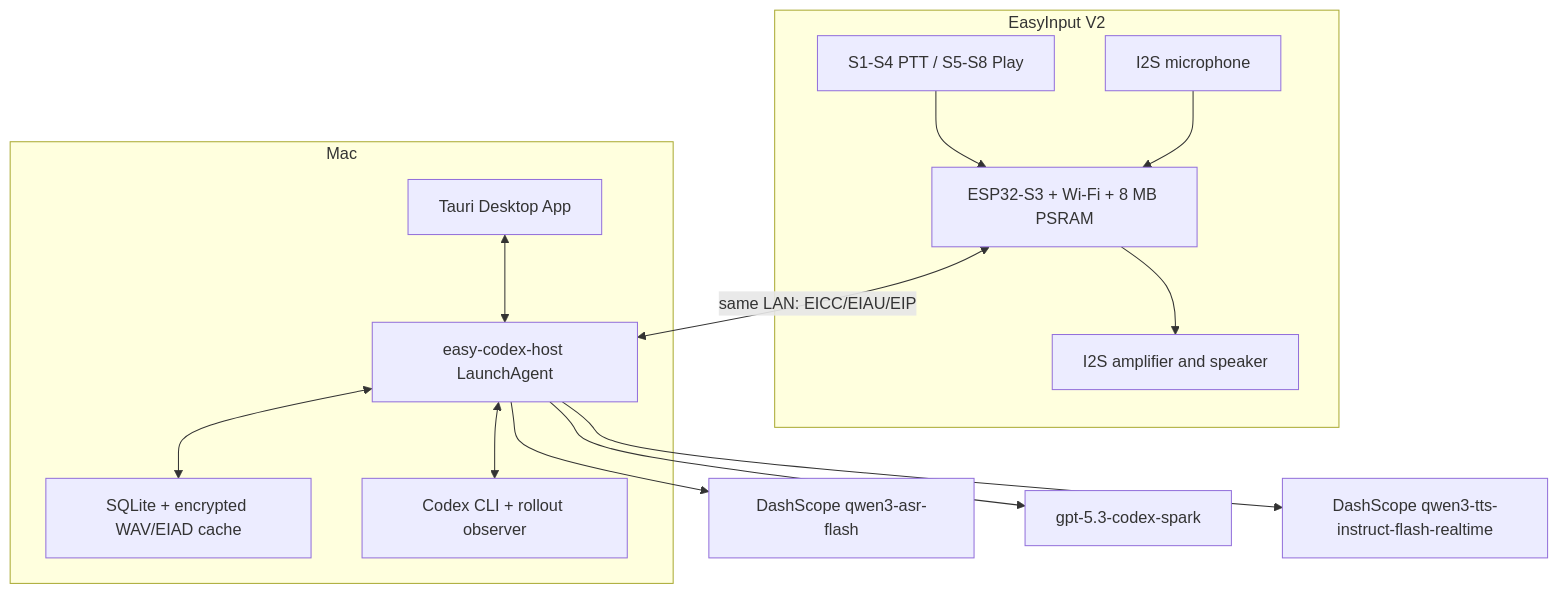
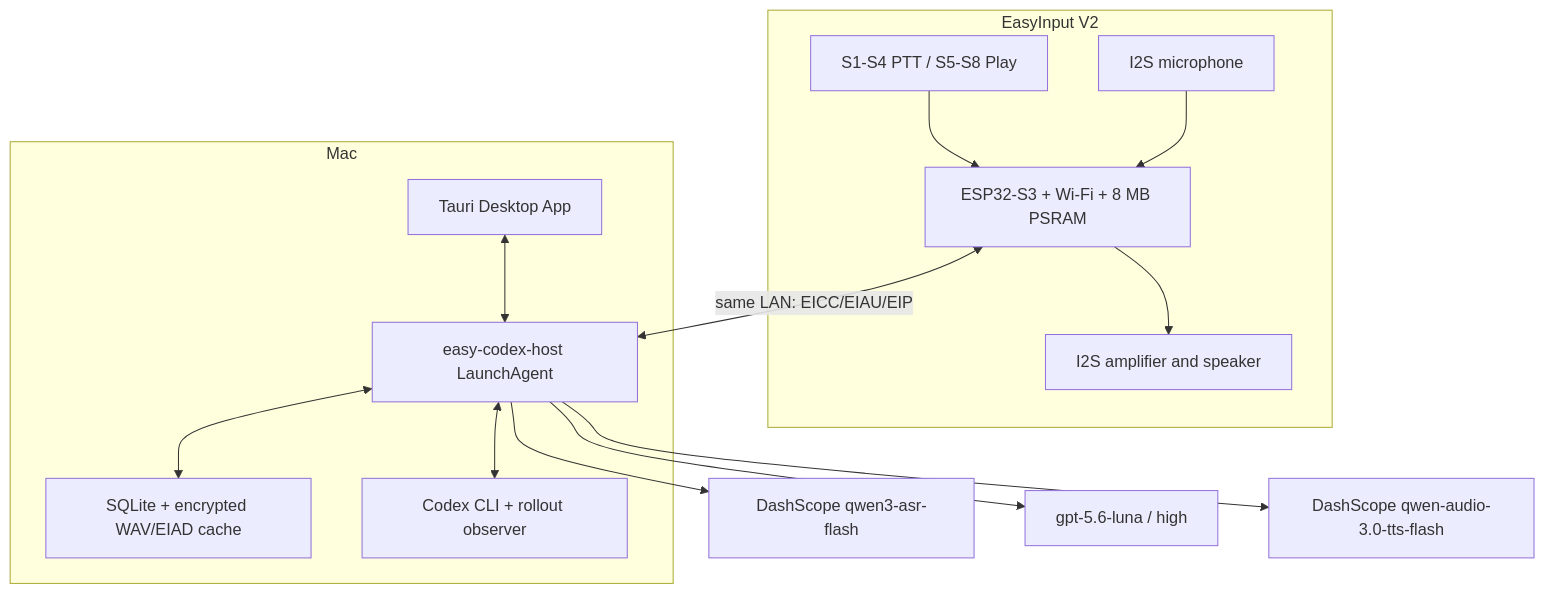
The first of 3 diagrams in projects/codex-radio_ppt169_20260810/sources/04-codex-keyboard-architecture.md (Larkspur-Wang/Codex_Keyboard), drawn with Mermaid before and after one commit. The commit also changed other lines of this file and 24 other files, not shown here.

````diff
--- a/projects/codex-radio_ppt169_20260810/sources/04-codex-keyboard-architecture.md
+++ b/projects/codex-radio_ppt169_20260810/sources/04-codex-keyboard-architecture.md
@@ -5,31 +5,31 @@
 ```mermaid
 flowchart TB
     subgraph Keyboard["EasyInput V2"]
         KEYS["S1-S4 PTT / S5-S8 Play"]
         MIC["I2S microphone"]
         ESP["ESP32-S3 + Wi-Fi + 8 MB PSRAM"]
         SPK["I2S amplifier and speaker"]
         KEYS --> ESP
         MIC --> ESP
         ESP --> SPK
     end
 
     subgraph Mac["Mac"]
         APP["Tauri Desktop App"]
         HOST["easy-codex-host LaunchAgent"]
         DB["SQLite + encrypted WAV/EIAD cache"]
         CODEX["Codex CLI + rollout observer"]
         APP <--> HOST
         HOST <--> DB
         HOST <--> CODEX
     end
 
     ASR["DashScope qwen3-asr-flash"]
-    SPARK["gpt-5.3-codex-spark"]
-    TTS["DashScope qwen3-tts-instruct-flash-realtime"]
+    SPARK["gpt-5.6-luna / high"]
+    TTS["DashScope qwen-audio-3.0-tts-flash"]
 
     ESP <-->|"same LAN: EICC/EIAU/EIP"| HOST
     HOST --> ASR
     HOST --> SPARK
     HOST --> TTS
 ```
````
